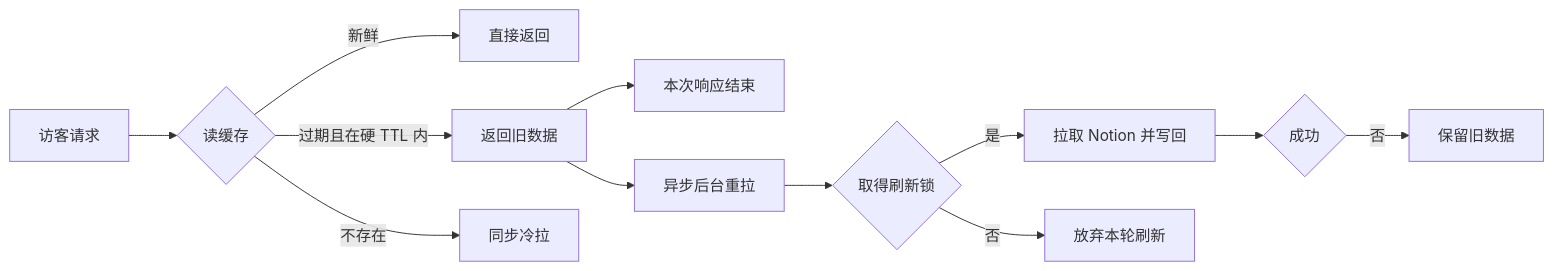
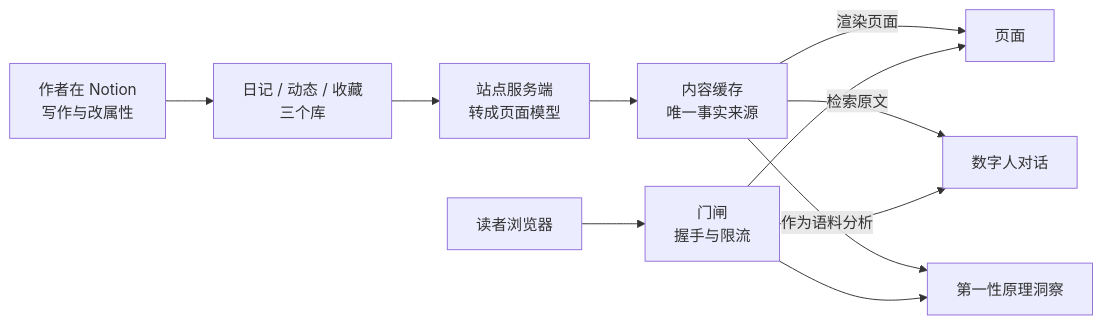
Before and after one commit to DailyRhapsody/DailyRhapsody: the diagram in README.md, drawn with Mermaid. The commit also changed other lines of this file, not shown here.

````diff
--- a/README.md
+++ b/README.md
@@ -158,14 +48,13 @@
 ```mermaid
 flowchart LR
-  V["访客请求"] --> G{"读缓存"}
-  G -->|新鲜| A["直接返回"]
-  G -->|"过期且在硬 TTL 内"| B["返回旧数据"]
-  B --> O["本次响应结束"]
-  B --> C["异步后台重拉"]
-  C --> D{"取得刷新锁"}
-  D -->|是| E["拉取 Notion 并写回"]
-  D -->|否| F["放弃本轮刷新"]
-  G -->|不存在| H["同步冷拉"]
-  E --> I{"成功"}
-  I -->|否| J["保留旧数据"]
+  A["作者在 Notion<br/>写作与改属性"] --> B["日记 / 动态 / 收藏<br/>三个库"]
+  B --> C["站点服务端<br/>转成页面模型"]
+  C --> D["内容缓存<br/>唯一事实来源"]
+  D -->|渲染页面| E["页面"]
+  D -->|检索原文| F["数字人对话"]
+  D -->|作为语料分析| G["第一性原理洞察"]
+  W["读者浏览器"] --> M["门闸<br/>握手与限流"]
+  M --> E
+  M --> F
+  M --> G
 ```
````
